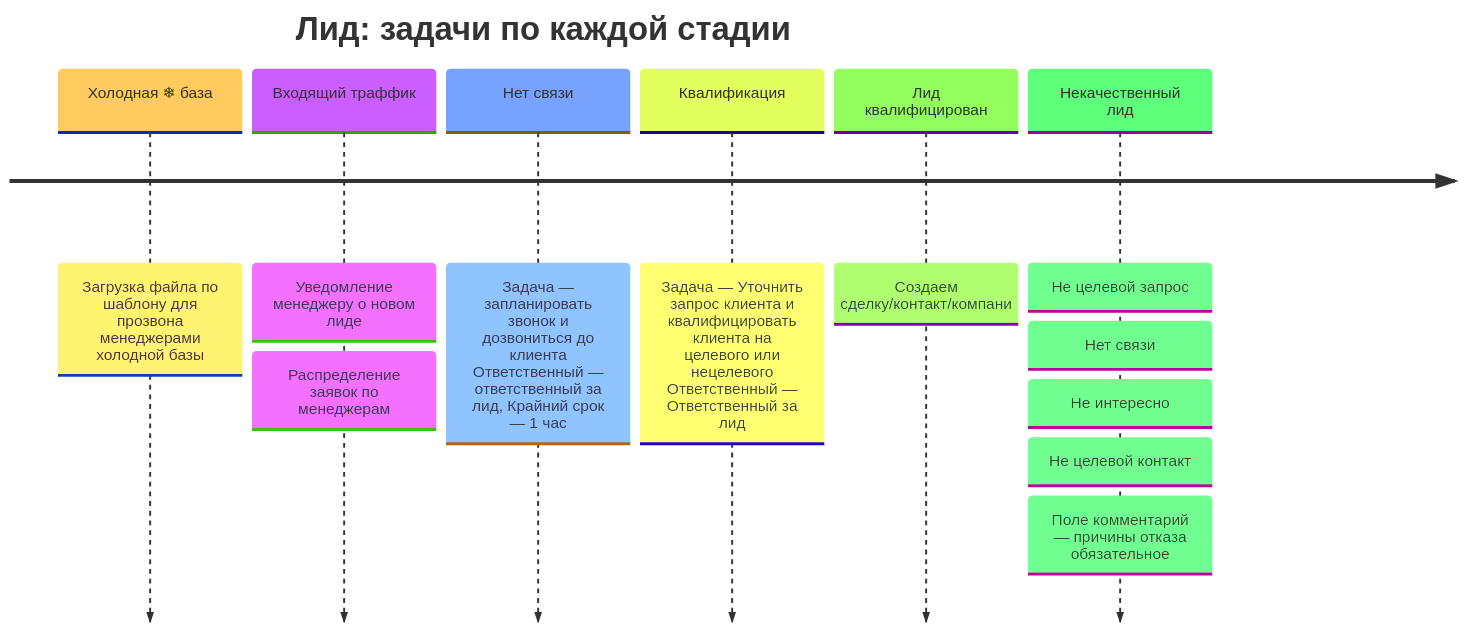
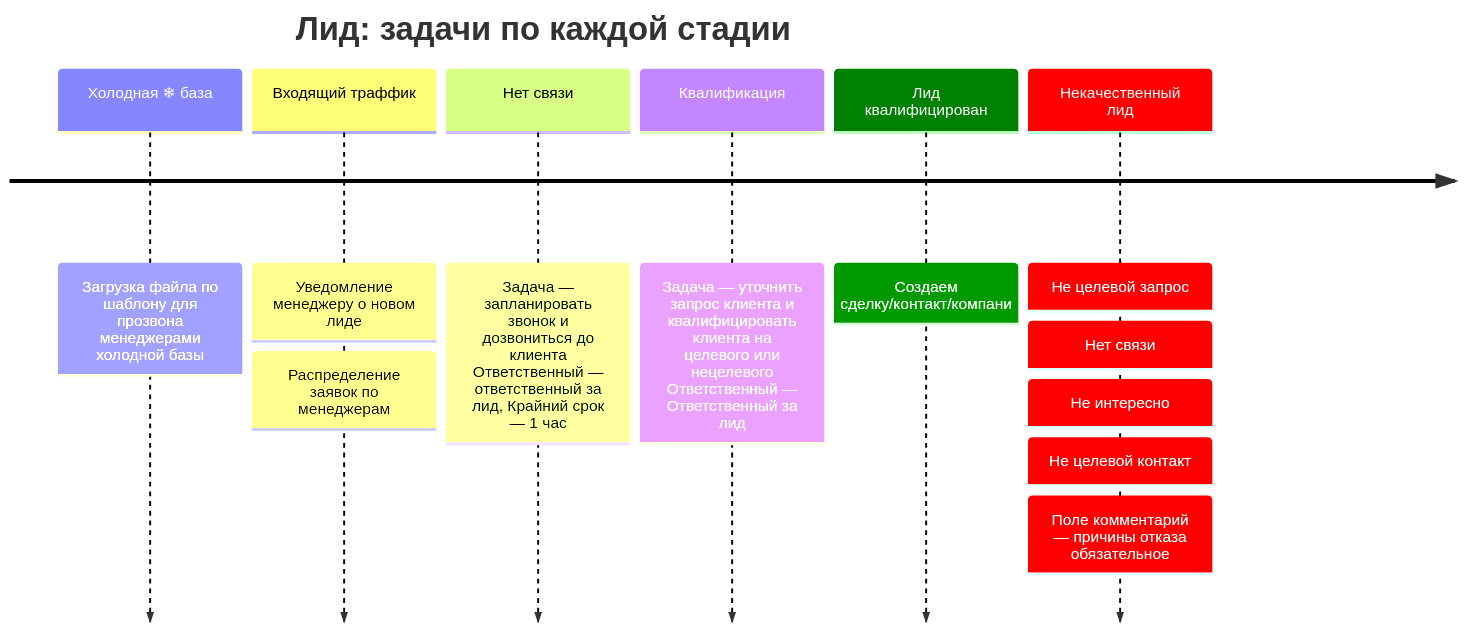
The first of 3 diagrams in content/processing.md (NazarovKI/knowledge), drawn with Mermaid before and after one commit. The commit also changed other lines of this file, not shown here.

Commit message:
Обновил цвет плашек
Сделал красным для лидо некач. и зелёным для кач.

````diff
--- a/content/processing.md
+++ b/content/processing.md
@@ -8,16 +8,21 @@
 ```mermaid timeline
---- 
+---
 config: 
   logLevel: 'debug' 
-  theme: 'base' 
+  theme: 'default' 
+  themeVariables: 
+    cScale5: '#ff0000' 
+    cScaleLabel5: '#ffffff'  
+    cScale4: '#008000' 
+    cScaleLabel4: '#ffffff'  
 ---
 timeline
     title Лид: задачи по каждой стадии
     Холодная ❄ база : Загрузка файла по шаблону для прозвона менеджерами холодной базы
 	Входящий траффик : Уведомление менеджеру о новом лиде
          : Распределение заявок по менеджерам
     Нет связи : Задача — запланировать звонок и дозвониться до клиента Ответственный — ответственный за лид, Крайний срок — 1 час
-    Квалификация : Задача — Уточнить запрос клиента и квалифицировать клиента на целевого или нецелевого Ответственный — Ответственный за лид
+    Квалификация : Задача — уточнить запрос клиента и квалифицировать клиента на целевого или нецелевого Ответственный — Ответственный за лид
     Лид квалифицирован : Создаем сделку/контакт/компани
     Некачественный лид : Не целевой запрос : Нет связи : Не интересно : Не целевой контакт : Поле комментарий — причины отказа обязательное
 ```
````
